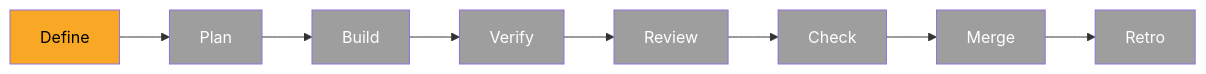
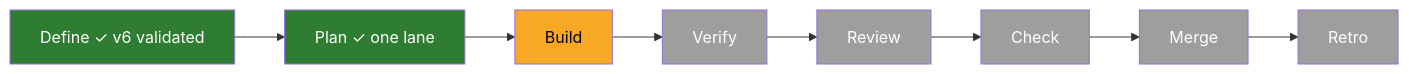
Before and after one commit to PaliCanon/app: the first of 2 diagrams in .task/003-desktop-shell.md, drawn with Mermaid. The commit also changed other lines of this file, not shown here.

Commit message:
chore(task): 003 validated by the user, planned

````diff
--- a/.task/003-desktop-shell.md
+++ b/.task/003-desktop-shell.md
@@ -11,7 +11,7 @@
 ```mermaid
 flowchart LR
-  Define:::doing --> Plan:::todo --> Build:::todo --> Verify:::todo --> Review:::todo --> Check:::todo --> Merge:::todo --> Retro:::todo
+  Define["Define ✓ v6 validated"]:::done --> Plan["Plan ✓ one lane"]:::done --> Build:::doing --> Verify:::todo --> Review:::todo --> Check:::todo --> Merge:::todo --> Retro:::todo
   classDef doing fill:#f9a825,color:#000
   classDef done fill:#2e7d32,color:#fff
   classDef todo fill:#9e9e9e,color:#fff
 ```
````
